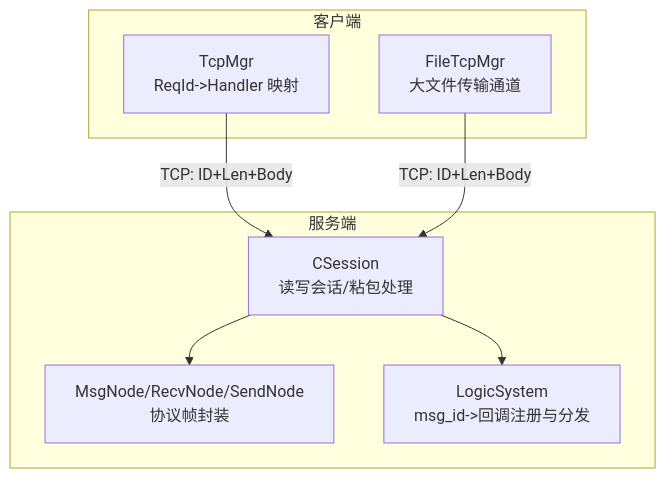
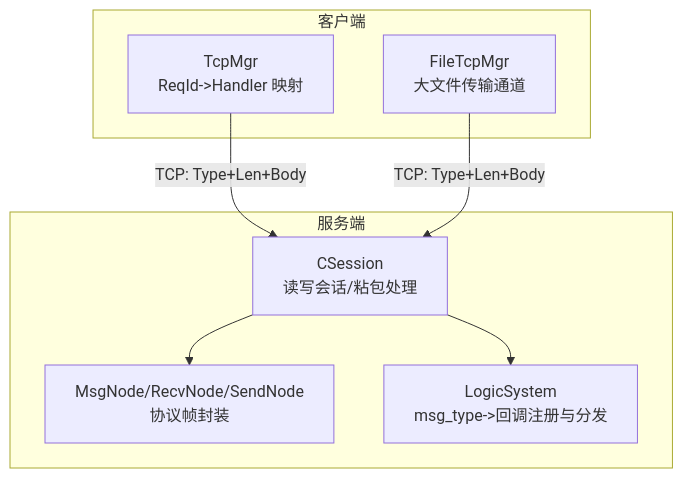
One commit to echo9923/mychatter changed the first of 6 diagrams in .qoder/repowiki/zh/content/网络通信/TCP通信协议/TCP消息协议/消息路由与分发.md. Above: the diagram before and after it, drawn with Mermaid. The commit also changed other lines of this file and 128 other files, not shown here.

First line of the commit message:
refactor(protocol): TCP 帧头消息类型 msg_id 全局改名为 msg_type

````diff
--- a/.qoder/repowiki/zh/content/网络通信/TCP通信协议/TCP消息协议/消息路由与分发.md
+++ b/.qoder/repowiki/zh/content/网络通信/TCP通信协议/TCP消息协议/消息路由与分发.md
@@ -42,16 +42,16 @@
 ```mermaid
 graph TB
 subgraph "客户端"
 C_TcpMgr["TcpMgr<br/>ReqId->Handler 映射"]
 C_FileTcpMgr["FileTcpMgr<br/>大文件传输通道"]
 end
 subgraph "服务端"
 S_CSession["CSession<br/>读写会话/粘包处理"]
 S_MsgNode["MsgNode/RecvNode/SendNode<br/>协议帧封装"]
-S_LogicSystem["LogicSystem<br/>msg_id->回调注册与分发"]
+S_LogicSystem["LogicSystem<br/>msg_type->回调注册与分发"]
 end
-C_TcpMgr --> |TCP: ID+Len+Body| S_CSession
-C_FileTcpMgr --> |TCP: ID+Len+Body| S_CSession
+C_TcpMgr --> |TCP: Type+Len+Body| S_CSession
+C_FileTcpMgr --> |TCP: Type+Len+Body| S_CSession
 S_CSession --> S_MsgNode
 S_CSession --> S_LogicSystem
 ```
````
